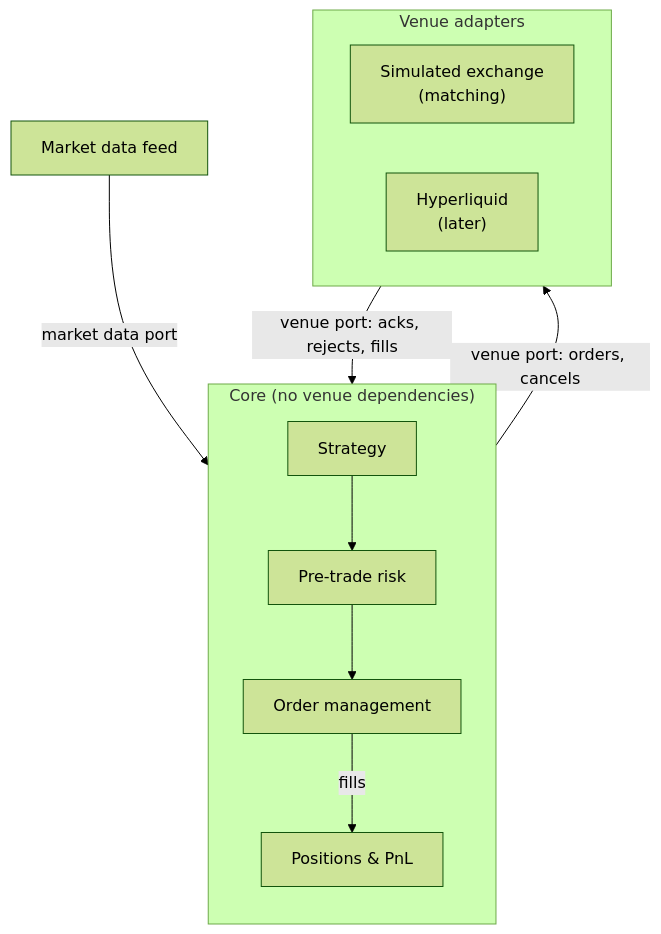
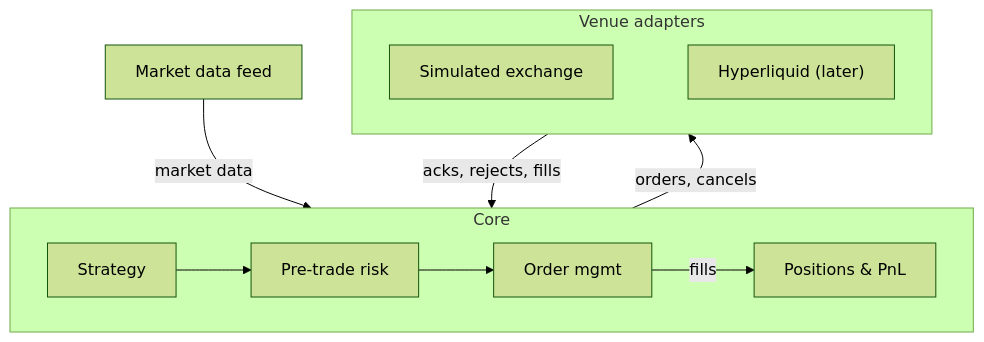
One commit to dalehcc/rust_engine changed the diagram in README.md. Above: the diagram before and after it, drawn with Mermaid (forest theme).

Commit message:
Update Architecture graph.

````diff
--- a/README.md
+++ b/README.md
@@ -13,20 +13,17 @@
 ```mermaid
 flowchart TB
-    MD["Market data feed"]
+    MD["Market data feed"] -- market data --> CORE
 
-    subgraph CORE["Core (no venue dependencies)"]
-        direction TB
-        S["Strategy"] --> R["Pre-trade risk"] --> OM["Order management"]
-        OM -- fills --> P["Positions & PnL"]
+    subgraph CORE["Core"]
+        direction LR
+        S["Strategy"] --> R["Pre-trade risk"] --> OM["Order mgmt"] -- fills --> P["Positions & PnL"]
     end
+
+    CORE -- "orders, cancels" --> ADAPTERS
+    ADAPTERS -- "acks, rejects, fills" --> CORE
 
     subgraph ADAPTERS["Venue adapters"]
         direction LR
-        SIM["Simulated exchange<br/>(matching)"]
-        HL["Hyperliquid<br/>(later)"]
+        SIM["Simulated exchange"] ~~~ HL["Hyperliquid (later)"]
     end
-
-    MD -- "market data port" --> S
-    OM -- "venue port: orders, cancels" --> ADAPTERS
-    ADAPTERS -- "venue port: acks, rejects, fills" --> OM
 ```
````
